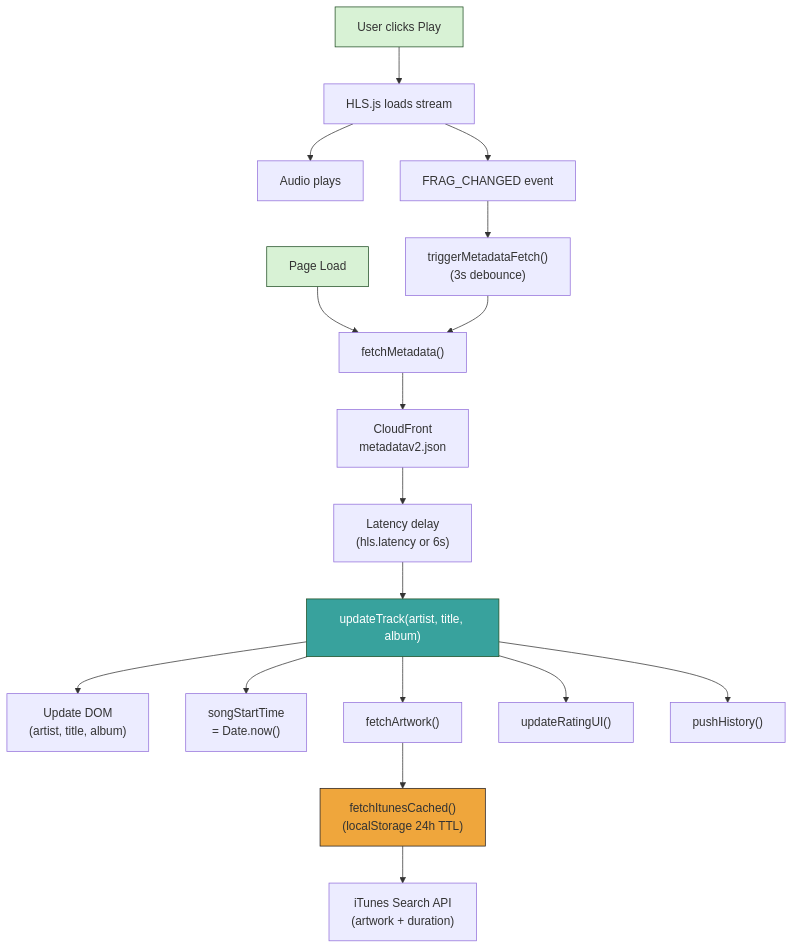
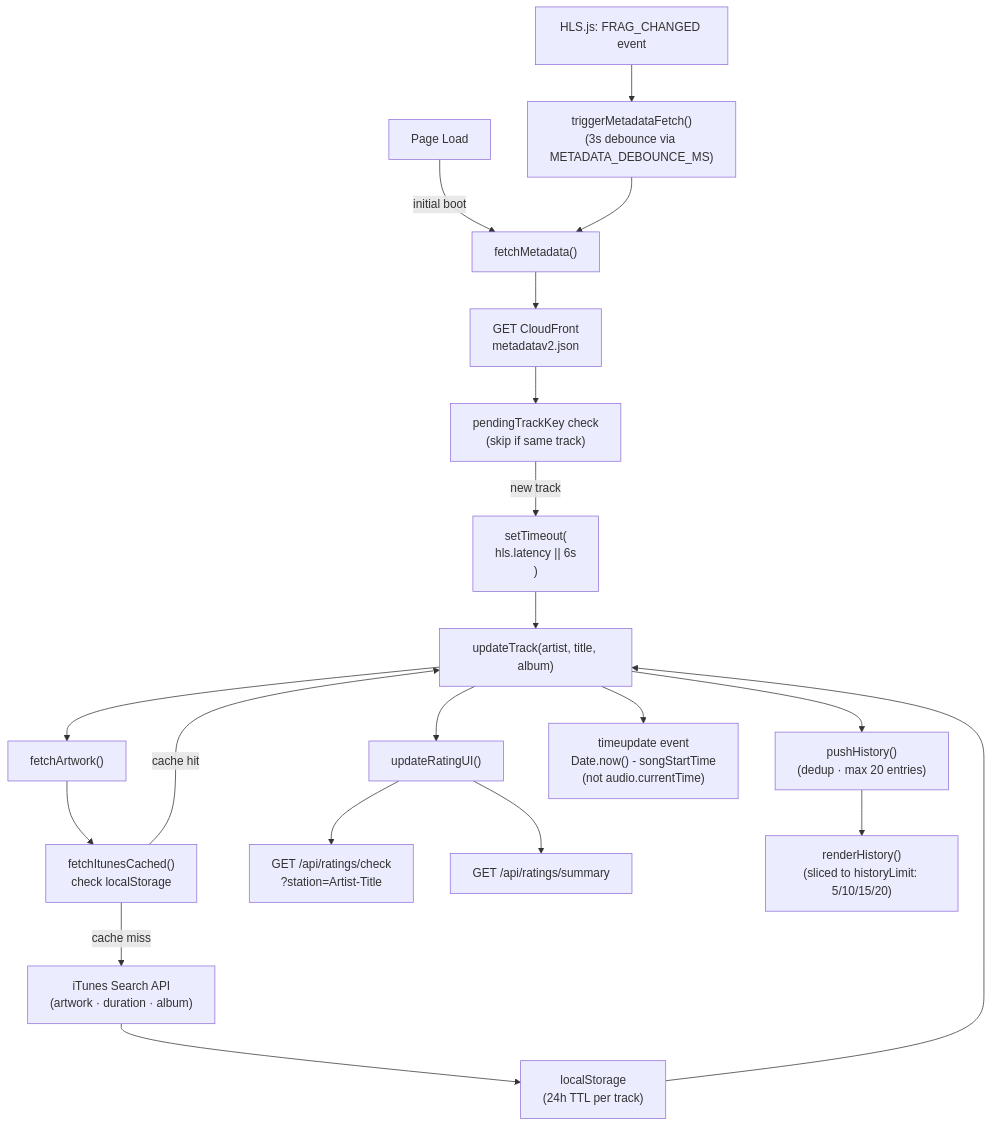
One commit to mgmarques/radiocalico changed the second of 6 diagrams in README.md. Above: the diagram before and after it, drawn with Mermaid. The commit also changed other lines of this file and 15 other files, not shown here.

First line of the commit message:
Update architecture diagrams, README, and CLAUDE.md for 10-agent milestone (#10)

````diff
--- a/README.md
+++ b/README.md
@@ -133,27 +124,47 @@
 ```mermaid
 graph TD
-    Load["Page Load"] --> FM["fetchMetadata()"]
-    FM --> CF["CloudFront<br/>metadatav2.json"]
-    CF --> Delay["Latency delay<br/>(hls.latency or 6s)"]
-    Delay --> UT["updateTrack(artist, title, album)"]
+    PageLoad["Page Load"]
+    FetchMeta["fetchMetadata()"]
+    FRAG["HLS.js: FRAG_CHANGED event"]
+    TriggerDebounce["triggerMetadataFetch()\n(3s debounce via METADATA_DEBOUNCE_MS)"]
+    CFJson["GET CloudFront\nmetadatav2.json"]
+    PendingKey["pendingTrackKey check\n(skip if same track)"]
+    LatencyDelay["setTimeout(\nhls.latency || 6s\n)"]
+    UpdateTrack["updateTrack(artist, title, album)"]
 
-    UT --> DOM["Update DOM<br/>(artist, title, album)"]
-    UT --> Timer["songStartTime<br/>= Date.now()"]
-    UT --> FA["fetchArtwork()"]
-    UT --> RUI["updateRatingUI()"]
-    UT --> PH["pushHistory()"]
+    FetchArtwork["fetchArtwork()"]
+    FetchCached["fetchItunesCached()\ncheck localStorage"]
+    LocalStorage["localStorage\n(24h TTL per track)"]
+    iTunesAPI["iTunes Search API\n(artwork · duration · album)"]
 
-    FA --> Cache["fetchItunesCached()<br/>(localStorage 24h TTL)"]
-    Cache --> iTunes["iTunes Search API<br/>(artwork + duration)"]
+    UpdateRating["updateRatingUI()"]
+    CheckRated["GET /api/ratings/check\n?station=Artist-Title"]
+    FetchRatings["GET /api/ratings/summary"]
 
-    Play["User clicks Play"] --> HLS["HLS.js loads stream"]
-    HLS --> Audio["Audio plays"]
-    HLS --> FC["FRAG_CHANGED event"]
-    FC --> TMF["triggerMetadataFetch()<br/>(3s debounce)"]
-    TMF --> FM
+    PushHistory["pushHistory()\n(dedup · max 20 entries)"]
+    RenderHistory["renderHistory()\n(sliced to historyLimit: 5/10/15/20)"]
+    ElapsedTimer["timeupdate event\nDate.now() - songStartTime\n(not audio.currentTime)"]
 
-    style Load fill:#D8F2D5,stroke:#1F4E23
-    style Play fill:#D8F2D5,stroke:#1F4E23
-    style UT fill:#38A29D,stroke:#1F4E23,color:#FFF
-    style Cache fill:#EFA63C,stroke:#231F20
+    PageLoad -->|"initial boot"| FetchMeta
+    FRAG --> TriggerDebounce
+    TriggerDebounce --> FetchMeta
+    FetchMeta --> CFJson
+    CFJson --> PendingKey
+    PendingKey -->|"new track"| LatencyDelay
+    LatencyDelay --> UpdateTrack
+
+    UpdateTrack --> FetchArtwork
+    FetchArtwork --> FetchCached
+    FetchCached -->|"cache hit"| UpdateTrack
+    FetchCached -->|"cache miss"| iTunesAPI
+    iTunesAPI --> LocalStorage
+    LocalStorage --> UpdateTrack
+
+    UpdateTrack --> UpdateRating
+    UpdateRating --> CheckRated
+    UpdateRating --> FetchRatings
+
+    UpdateTrack --> PushHistory
+    PushHistory --> RenderHistory
+    UpdateTrack --> ElapsedTimer
 ```
````
